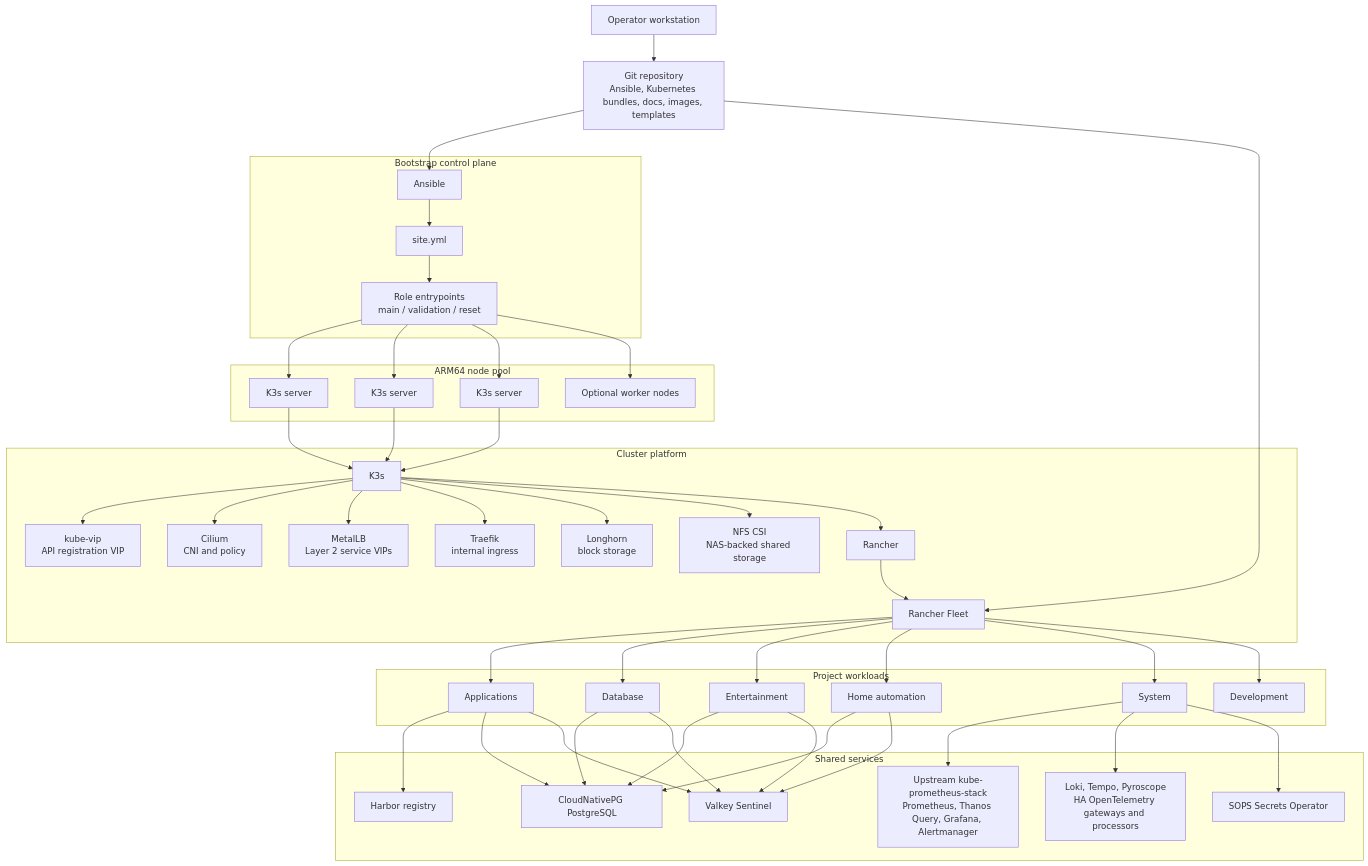
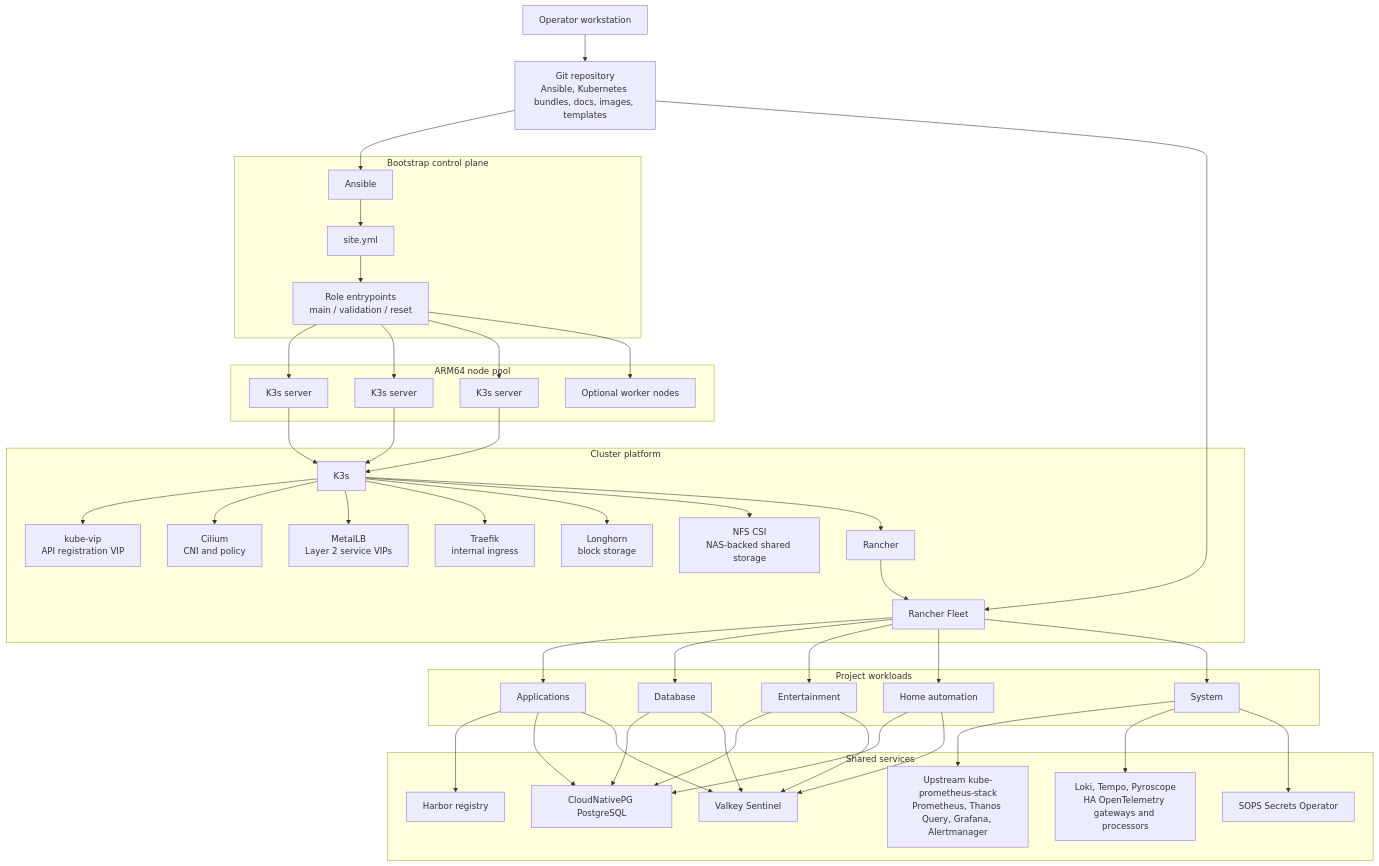
The first of 2 diagrams in README.md (abhi1693/homelab), drawn with Mermaid before and after one commit. The commit also changed other lines of this file and 615 other files, not shown here.

```diff
--- a/README.md
+++ b/README.md
@@ -329,7 +371,6 @@
     mediaProject["Entertainment"]
     homeProject["Home automation"]
     systemProject["System"]
-    devProject["Development"]
   end
 
   operator --> repo
@@ -359,7 +400,6 @@
   fleet --> mediaProject
   fleet --> homeProject
   fleet --> systemProject
-  fleet --> devProject
 
   dbProject --> postgres
   dbProject --> valkey
```
